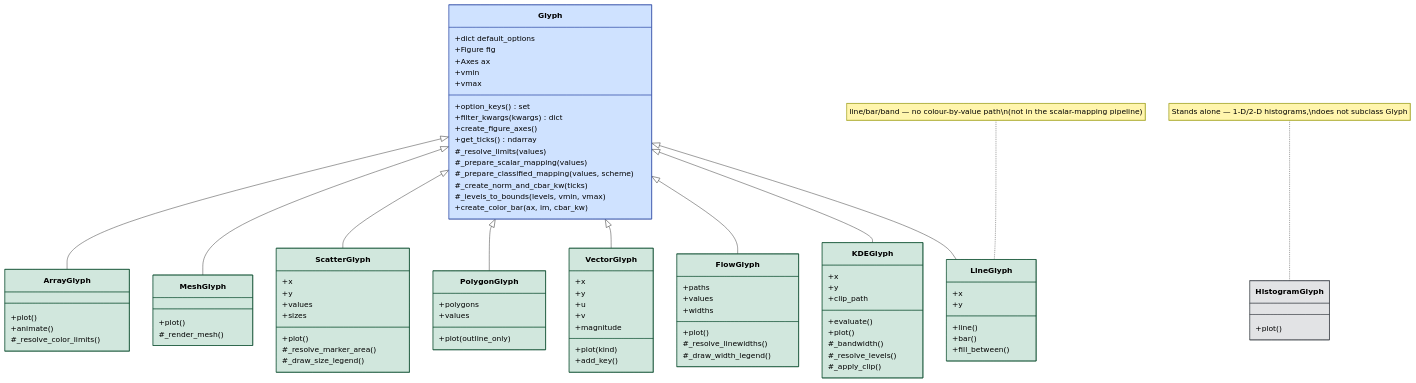
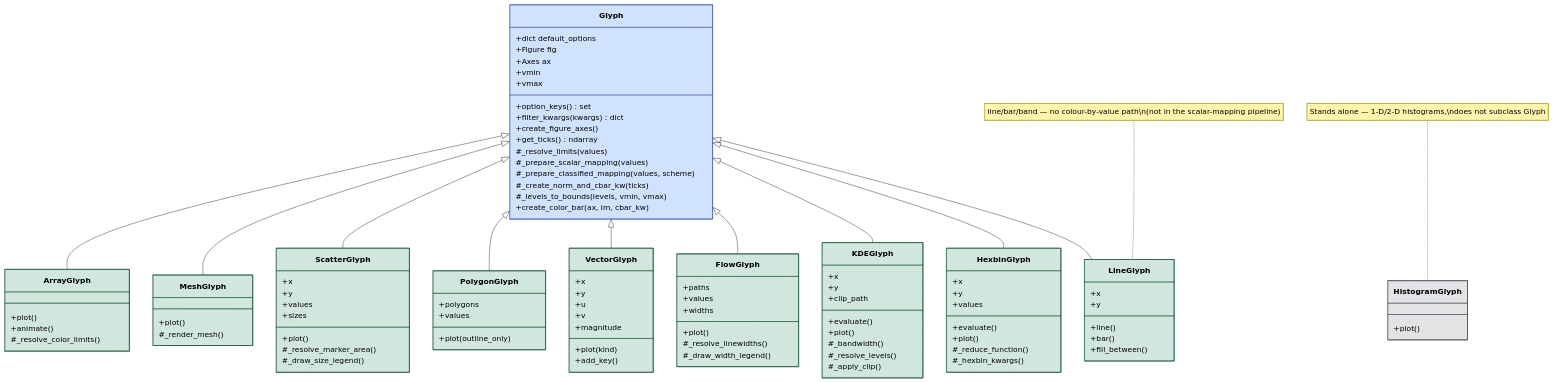
Before and after one commit to serapeum-org/cleopatra: the first of 5 diagrams in docs/diagrams/glyph-architecture.md, drawn with Mermaid. The commit also changed other lines of this file and 9 other files, not shown here.

````diff
--- a/docs/diagrams/glyph-architecture.md
+++ b/docs/diagrams/glyph-architecture.md
@@ -103,6 +104,15 @@
         +bar()
         +fill_between()
     }
+    class HexbinGlyph {
+        +x
+        +y
+        +values
+        +evaluate()
+        +plot()
+        #_reduce_function()
+        #_hexbin_kwargs()
+    }
     class HistogramGlyph {
         +plot()
     }
@@ -114,6 +124,7 @@
     Glyph <|-- VectorGlyph
     Glyph <|-- FlowGlyph
     Glyph <|-- KDEGlyph
+    Glyph <|-- HexbinGlyph
     Glyph <|-- LineGlyph
 
     note for HistogramGlyph "Stands alone — 1-D/2-D histograms,\ndoes not subclass Glyph"
@@ -127,6 +138,7 @@
     style VectorGlyph fill:#d1e7dd,stroke:#0f5132,color:#000
     style FlowGlyph fill:#d1e7dd,stroke:#0f5132,color:#000
     style KDEGlyph fill:#d1e7dd,stroke:#0f5132,color:#000
+    style HexbinGlyph fill:#d1e7dd,stroke:#0f5132,color:#000
     style LineGlyph fill:#d1e7dd,stroke:#0f5132,color:#000
     style HistogramGlyph fill:#e2e3e5,stroke:#41464b,color:#000
 ```
````
